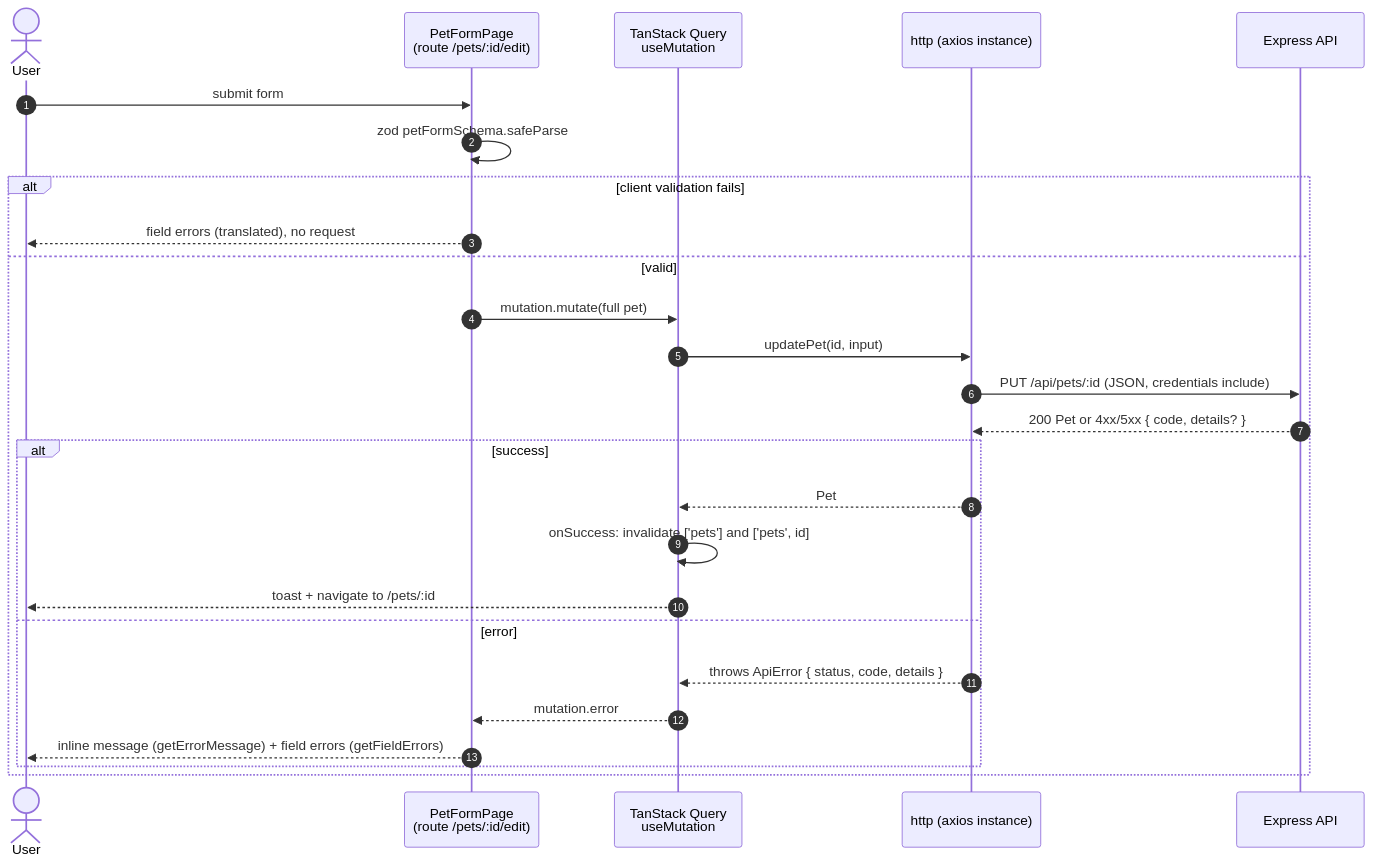
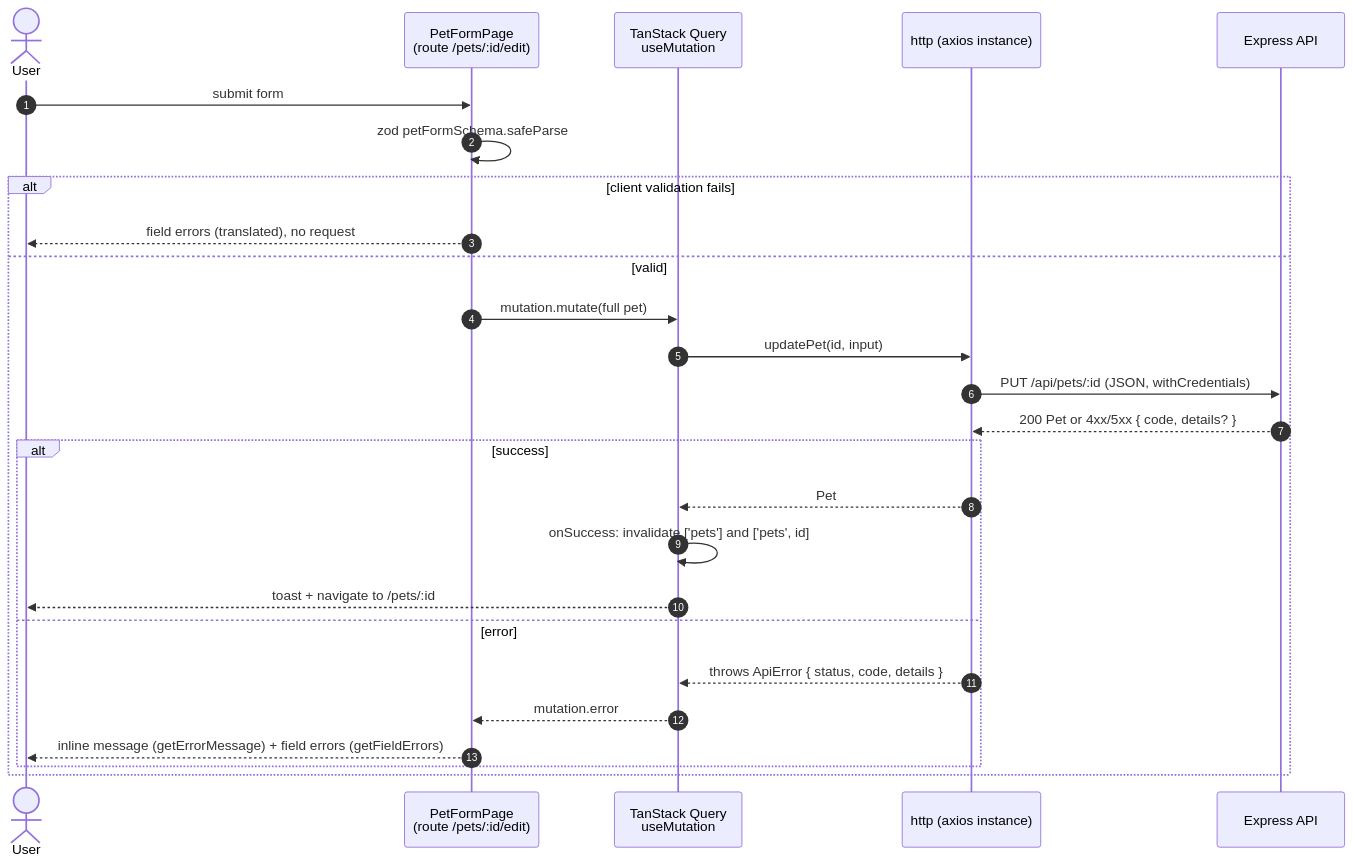
Before and after one commit to BojanSovtic/pet-adoption-system: the second of 11 diagrams in docs/architecture.md, drawn with Mermaid. The commit also changed other lines of this file and 3 other files, not shown here.

````diff
--- a/docs/architecture.md
+++ b/docs/architecture.md
@@ -50,29 +50,29 @@
 ```mermaid
 sequenceDiagram
   autonumber
   actor User
   participant Page as PetFormPage<br/>(route /pets/:id/edit)
   participant TQ as TanStack Query<br/>useMutation
   participant Client as http (axios instance)
   participant API as Express API
 
   User->>Page: submit form
   Page->>Page: zod petFormSchema.safeParse
   alt client validation fails
     Page-->>User: field errors (translated), no request
   else valid
     Page->>TQ: mutation.mutate(full pet)
     TQ->>Client: updatePet(id, input)
-    Client->>API: PUT /api/pets/:id (JSON, credentials include)
+    Client->>API: PUT /api/pets/:id (JSON, withCredentials)
     API-->>Client: 200 Pet  or  4xx/5xx { code, details? }
     alt success
       Client-->>TQ: Pet
       TQ->>TQ: onSuccess: invalidate ['pets'] and ['pets', id]
       TQ-->>User: toast + navigate to /pets/:id
     else error
       Client-->>TQ: throws ApiError { status, code, details }
       TQ-->>Page: mutation.error
       Page-->>User: inline message (getErrorMessage) + field errors (getFieldErrors)
     end
   end
 ```
````
